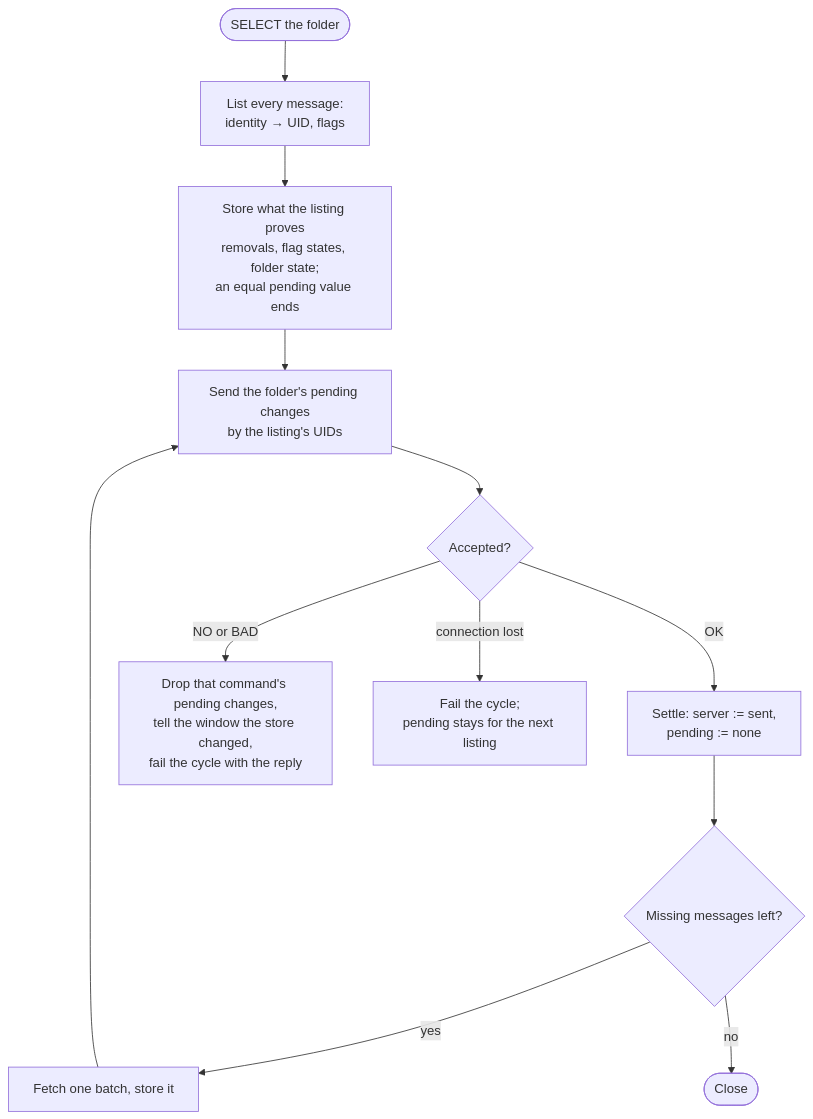
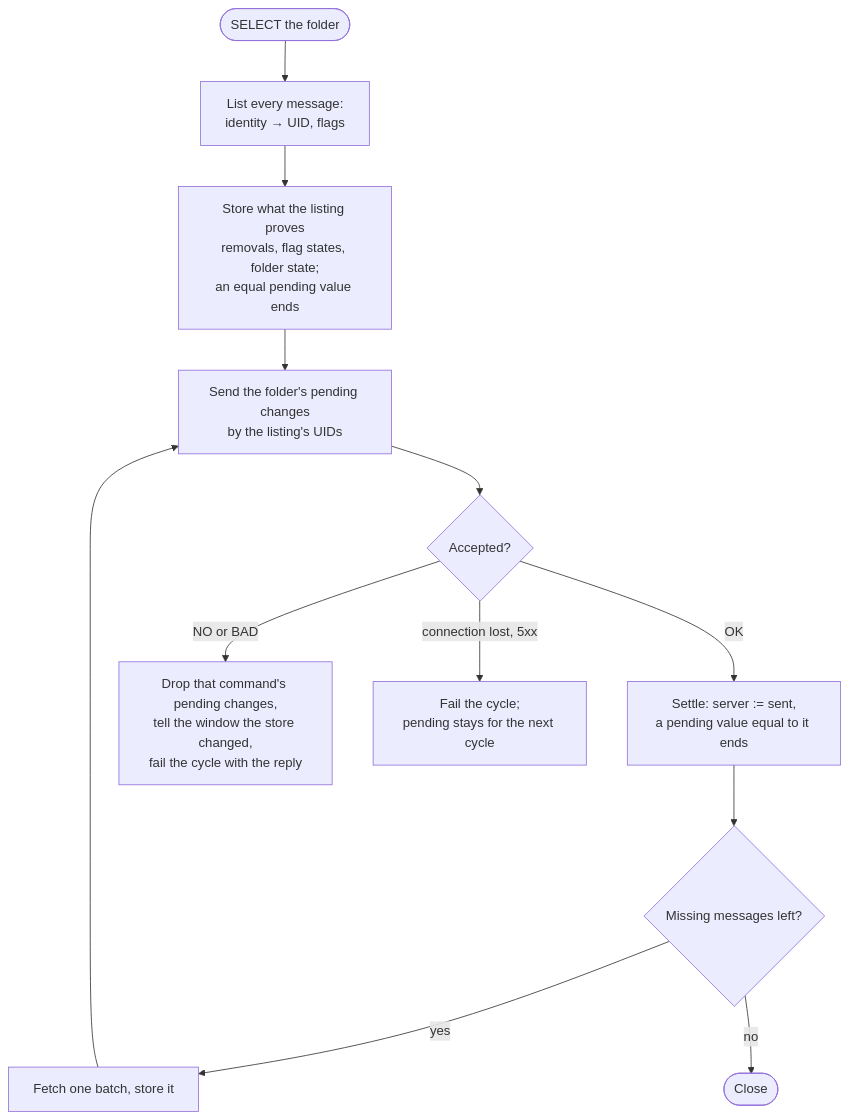
Before and after one commit to mitinand/gnome-mailbag: the second of 2 diagrams in specs/011-read-and-star/plan.md, drawn with Mermaid. The commit also changed other lines of this file and 7 other files, not shown here.

````diff
--- a/specs/011-read-and-star/plan.md
+++ b/specs/011-read-and-star/plan.md
@@ -99,14 +105,14 @@
 ```mermaid
 flowchart TD
     open([SELECT the folder]) --> list[List every message:<br/>identity → UID, flags]
     list --> storelist[Store what the listing proves<br/>removals, flag states, folder state;<br/>an equal pending value ends]
     storelist --> send[Send the folder's pending changes<br/>by the listing's UIDs]
     send --> ok{Accepted?}
-    ok -->|OK| settle[Settle: server := sent,<br/>pending := none]
+    ok -->|OK| settle[Settle: server := sent,<br/>a pending value equal to it ends]
     ok -->|NO or BAD| drop[Drop that command's pending changes,<br/>tell the window the store changed,<br/>fail the cycle with the reply]
-    ok -->|connection lost| lost[Fail the cycle;<br/>pending stays for the next listing]
+    ok -->|connection lost, 5xx| lost[Fail the cycle;<br/>pending stays for the next cycle]
     settle --> more{Missing messages left?}
     more -->|yes| batch[Fetch one batch, store it]
     batch --> send
     more -->|no| done([Close])
 ```
````
